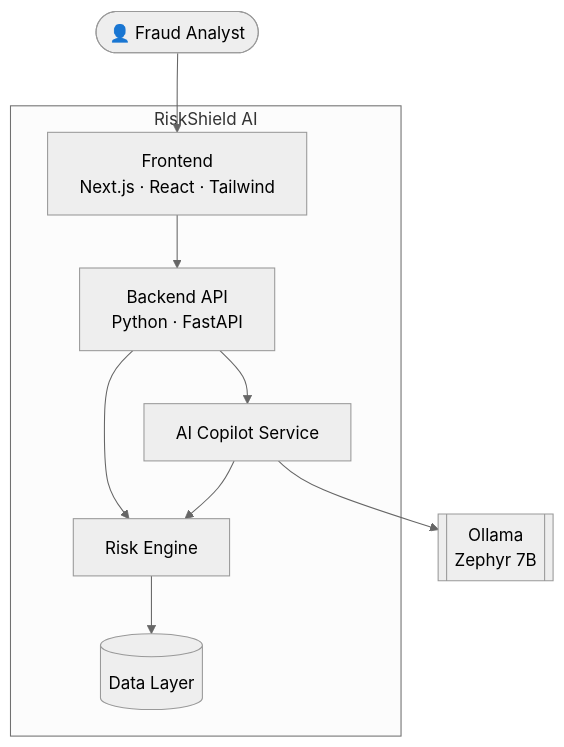
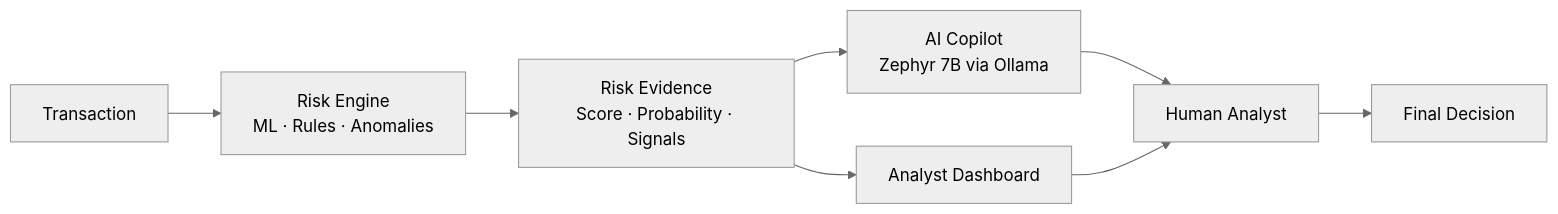
One commit to Deep455-16/NovaTrust-Banking-RiskShield-Manager changed the first of 2 diagrams in README.md. Above: the diagram before and after it, drawn with Mermaid (neutral theme). The commit also changed other lines of this file, not shown here.

````diff
--- a/README.md
+++ b/README.md
@@ -43,22 +34,10 @@
 ```mermaid
-flowchart TB
-    Analyst([👤 Fraud Analyst])
-
-    subgraph RiskShield[RiskShield AI]
-        FE[Frontend<br/>Next.js · React · Tailwind]
-        API[Backend API<br/>Python · FastAPI]
-        RE[Risk Engine]
-        CP[AI Copilot Service]
-        DL[(Data Layer)]
-    end
-
-    OLL[[Ollama<br/>Zephyr 7B]]
-
-    Analyst --> FE
-    FE --> API
-    API --> RE
-    API --> CP
-    RE --> DL
-    CP --> RE
-    CP --> OLL
+flowchart LR
+    T[Transaction] --> RE[Risk Engine<br/>ML · Rules · Anomalies]
+    RE --> EV[Risk Evidence<br/>Score · Probability · Signals]
+    EV --> D[Analyst Dashboard]
+    EV --> C[AI Copilot<br/>Zephyr 7B via Ollama]
+    C --> A[Human Analyst]
+    D --> A
+    A --> F[Final Decision]
 ```
````
